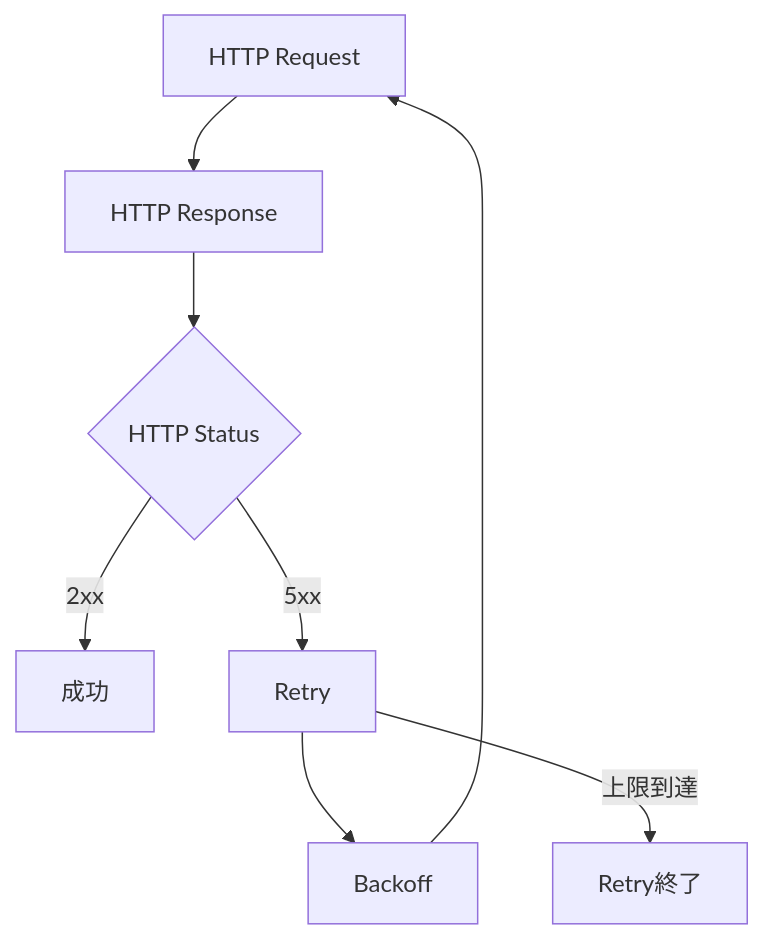
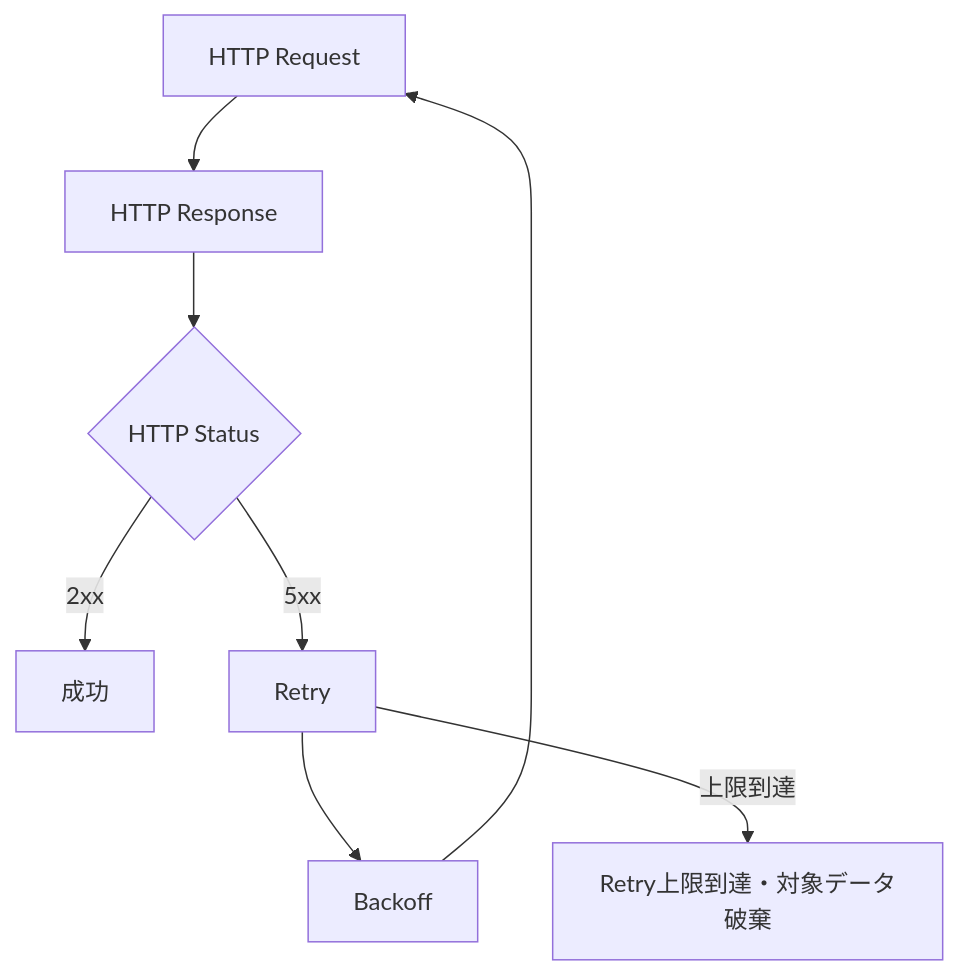
Diagram 14 of 46 in docs/05_operation_recovery.md (yujimasuda77777/Raspberry_Pi_4B_Edge_IoT_System), drawn with Mermaid before and after one commit. The commit also changed other lines of this file and 1 other file, not shown here.

````diff
--- a/docs/05_operation_recovery.md
+++ b/docs/05_operation_recovery.md
@@ -711,22 +682,22 @@
 ```mermaid
 flowchart TD
     Request["HTTP Request"]
     Response["HTTP Response"]
     Check{"HTTP Status"}
 
     Success["成功"]
     Retry["Retry"]
     Backoff["Backoff"]
-    Error["Retry終了"]
+    Discard["Retry上限到達・対象データ破棄"]
 
     Request --> Response
     Response --> Check
 
     Check -->|2xx| Success
     Check -->|5xx| Retry
 
     Retry --> Backoff
     Backoff --> Request
 
-    Retry -->|上限到達| Error
+    Retry -->|上限到達| Discard
 ```
````
